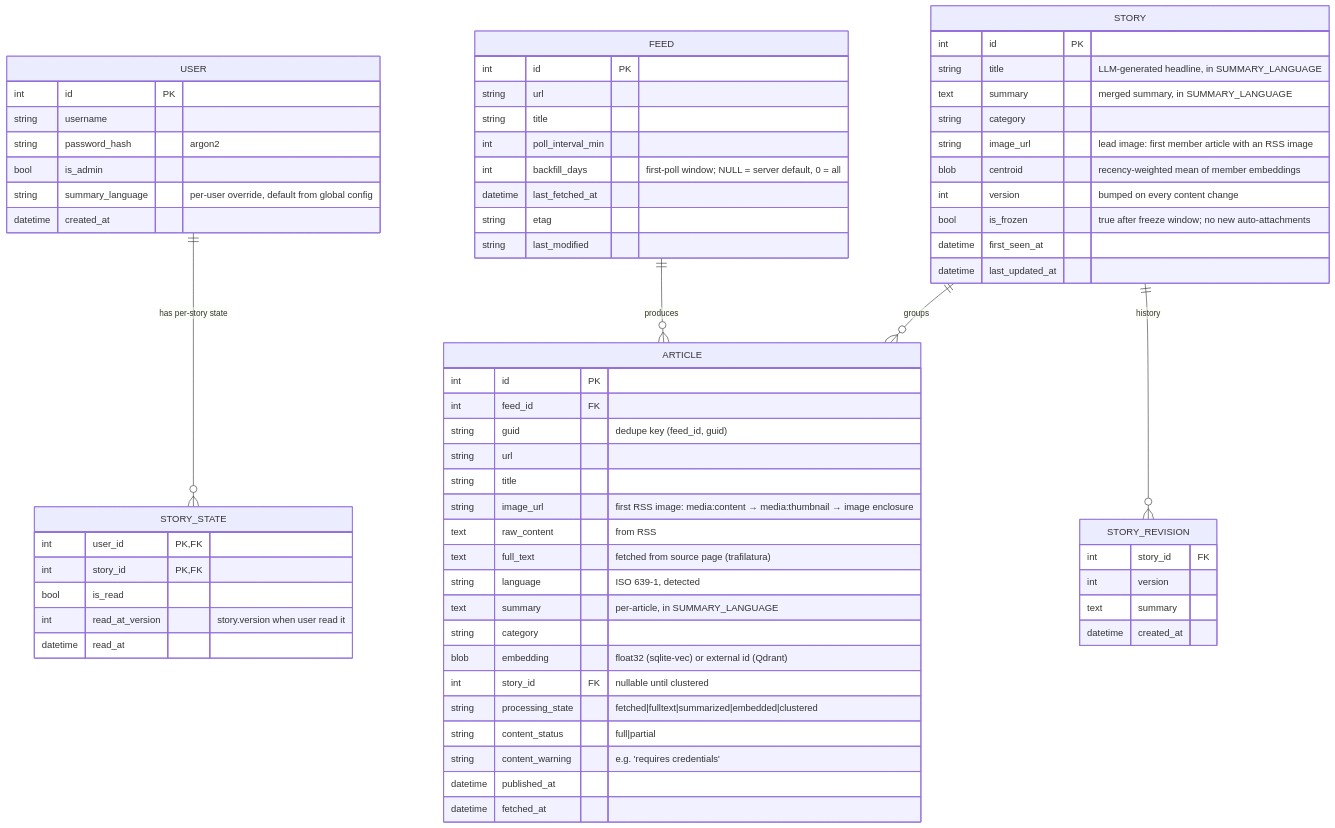
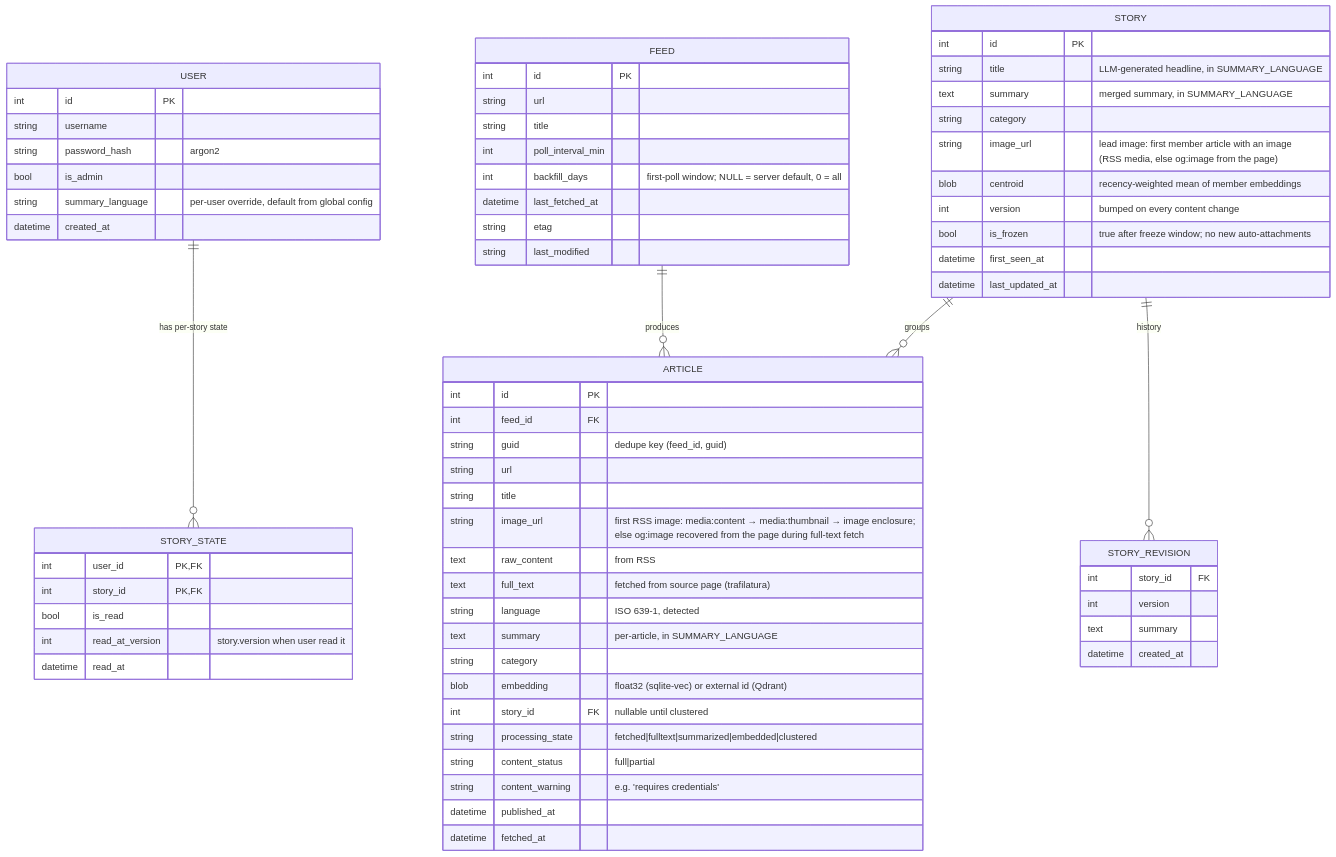
One commit to Tekka90/NewsGator changed the first of 2 diagrams in SPEC.md. Above: the diagram before and after it, drawn with Mermaid. The commit also changed other lines of this file and 3 other files, not shown here.

Commit message:
feat: enhance image recovery by extracting og:image when RSS entry lacks media, with corresponding tests

````diff
--- a/SPEC.md
+++ b/SPEC.md
@@ -77,76 +77,78 @@
 ```mermaid
 erDiagram
     USER ||--o{ STORY_STATE : "has per-story state"
     FEED ||--o{ ARTICLE : produces
     STORY ||--o{ ARTICLE : groups
     STORY ||--o{ STORY_REVISION : "history"
 
     USER {
         int id PK
         string username
         string password_hash  "argon2"
         bool   is_admin
         string summary_language  "per-user override, default from global config"
         datetime created_at
     }
 
     FEED {
         int id PK
         string url
         string title
         int poll_interval_min
         int backfill_days   "first-poll window; NULL = server default, 0 = all"
         datetime last_fetched_at
         string etag
         string last_modified
     }
 
     ARTICLE {
         int id PK
         int feed_id FK
         string guid          "dedupe key (feed_id, guid)"
         string url
         string title
-        string image_url   "first RSS image: media:content → media:thumbnail → image enclosure"
+        string image_url   "first RSS image: media:content → media:thumbnail → image enclosure;
+                            else og:image recovered from the page during full-text fetch"
         text   raw_content   "from RSS"
         text   full_text     "fetched from source page (trafilatura)"
         string language      "ISO 639-1, detected"
         text   summary       "per-article, in SUMMARY_LANGUAGE"
         string category
         blob   embedding     "float32 (sqlite-vec) or external id (Qdrant)"
         int    story_id FK   "nullable until clustered"
         string processing_state "fetched|fulltext|summarized|embedded|clustered"
         string content_status   "full|partial"
         string content_warning  "e.g. 'requires credentials'"
         datetime published_at
         datetime fetched_at
     }
 
     STORY {
         int id PK
         string title          "LLM-generated headline, in SUMMARY_LANGUAGE"
         text   summary        "merged summary, in SUMMARY_LANGUAGE"
         string category
-        string image_url      "lead image: first member article with an RSS image"
+        string image_url      "lead image: first member article with an image
+                               (RSS media, else og:image from the page)"
         blob   centroid       "recency-weighted mean of member embeddings"
         int    version        "bumped on every content change"
         bool   is_frozen      "true after freeze window; no new auto-attachments"
         datetime first_seen_at
         datetime last_updated_at
     }
 
     STORY_STATE {
         int user_id PK, FK
         int story_id PK, FK
         bool   is_read
         int    read_at_version  "story.version when user read it"
         datetime read_at
     }
 
     STORY_REVISION {
         int story_id FK
         int version
         text summary
         datetime created_at
     }
 ```
````
